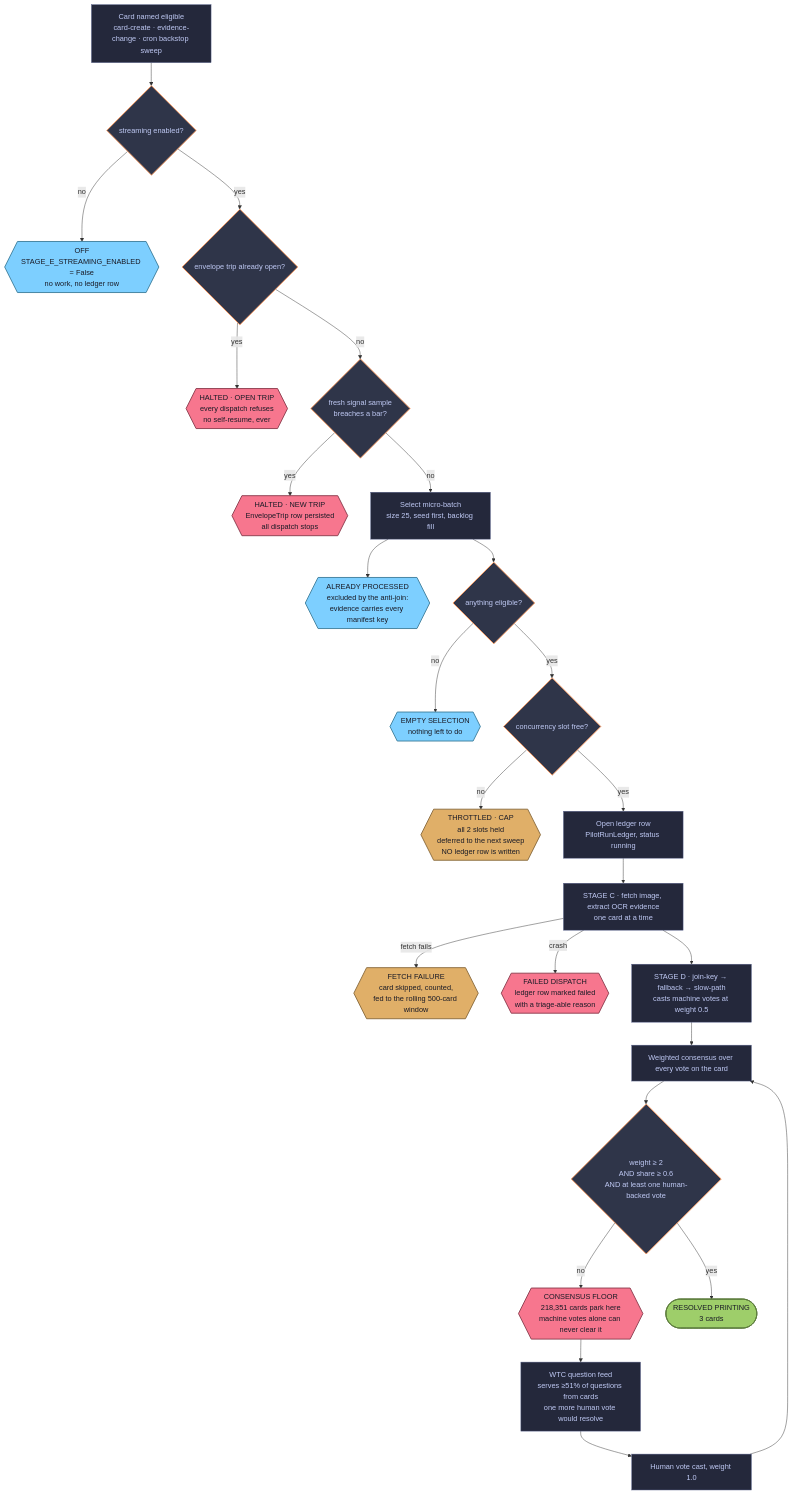
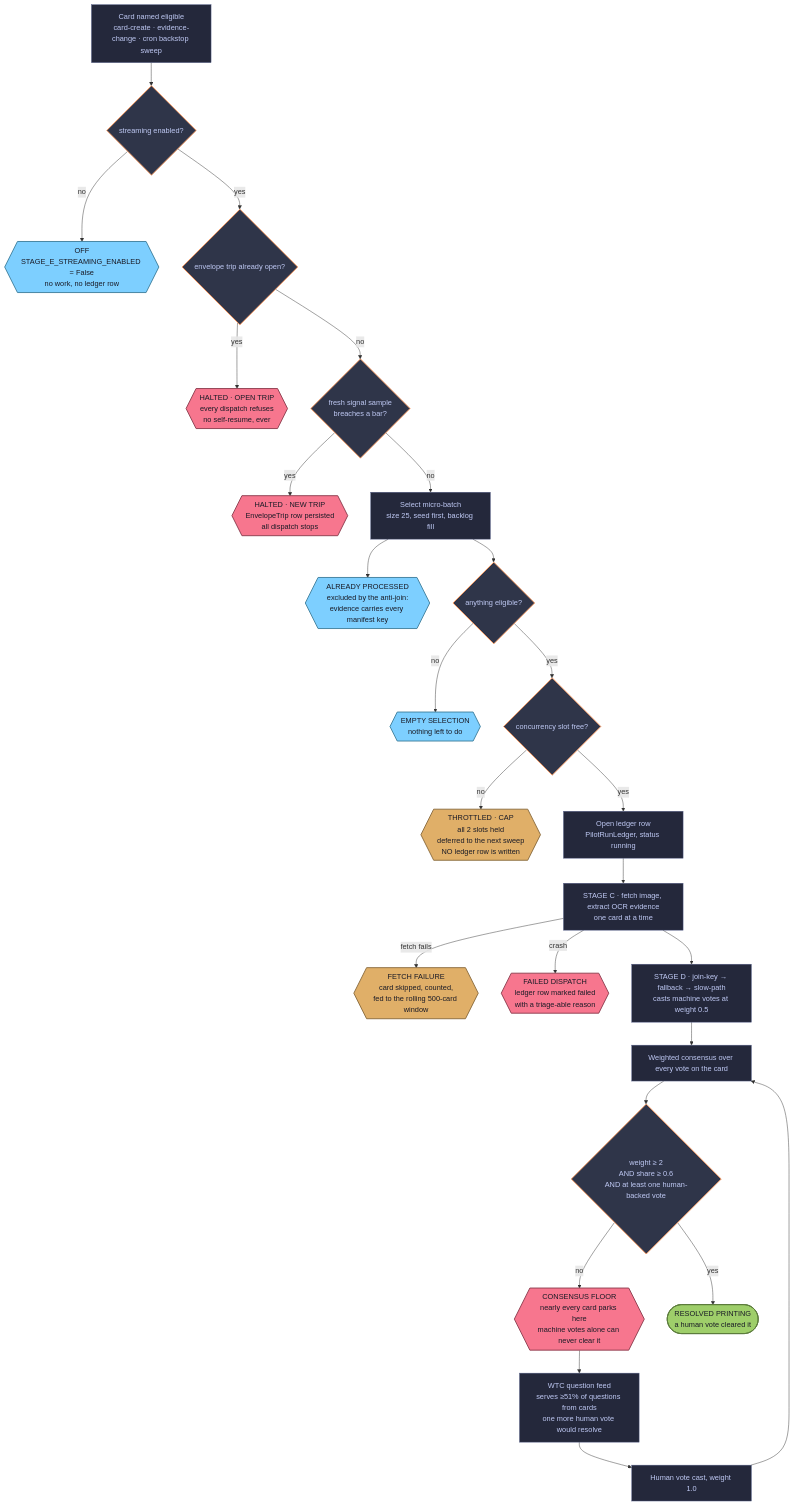
The diagram in docs/identification-pipeline.md (ProxyPrints/ProxyPrints.github.io), drawn with Mermaid before and after one commit. The commit also changed other lines of this file, not shown here.

Commit message:
Strip absolute counts from FIG-1 per shape-only ruling

````diff
--- a/docs/identification-pipeline.md
+++ b/docs/identification-pipeline.md
@@ -22,51 +22,51 @@
 ```mermaid
 flowchart TD
     IN["Card named eligible<br/>card-create · evidence-change · cron backstop sweep"]
 
     IN --> G1{"streaming enabled?"}
     G1 -- "no" --> X1{{"OFF<br/>STAGE_E_STREAMING_ENABLED = False<br/>no work, no ledger row"}}
     G1 -- "yes" --> G2{"envelope trip already open?"}
 
     G2 -- "yes" --> X2{{"HALTED · OPEN TRIP<br/>every dispatch refuses<br/>no self-resume, ever"}}
     G2 -- "no" --> G3{"fresh signal sample<br/>breaches a bar?"}
 
     G3 -- "yes" --> X3{{"HALTED · NEW TRIP<br/>EnvelopeTrip row persisted<br/>all dispatch stops"}}
     G3 -- "no" --> SEL["Select micro-batch<br/>size 25, seed first, backlog fill"]
 
     SEL --> X4{{"ALREADY PROCESSED<br/>excluded by the anti-join:<br/>evidence carries every manifest key"}}
     SEL --> G4{"anything eligible?"}
     G4 -- "no" --> X5{{"EMPTY SELECTION<br/>nothing left to do"}}
     G4 -- "yes" --> G5{"concurrency slot free?"}
 
     G5 -- "no" --> X6{{"THROTTLED · CAP<br/>all 2 slots held<br/>deferred to the next sweep<br/>NO ledger row is written"}}
     G5 -- "yes" --> LED["Open ledger row<br/>PilotRunLedger, status running"]
 
     LED --> SC["STAGE C · fetch image, extract OCR evidence<br/>one card at a time"]
     SC -- "fetch fails" --> X7{{"FETCH FAILURE<br/>card skipped, counted,<br/>fed to the rolling 500-card window"}}
     SC -- "crash" --> X8{{"FAILED DISPATCH<br/>ledger row marked failed<br/>with a triage-able reason"}}
     SC --> SD["STAGE D · join-key → fallback → slow-path<br/>casts machine votes at weight 0.5"]
 
     SD --> CONS["Weighted consensus over every vote on the card"]
     CONS --> G6{"weight ≥ 2<br/>AND share ≥ 0.6<br/>AND at least one human-backed vote"}
 
-    G6 -- "no" --> X9{{"CONSENSUS FLOOR<br/>218,351 cards park here<br/>machine votes alone can never clear it"}}
-    G6 -- "yes" --> RES(["RESOLVED PRINTING<br/>3 cards"])
+    G6 -- "no" --> X9{{"CONSENSUS FLOOR<br/>nearly every card parks here<br/>machine votes alone can never clear it"}}
+    G6 -- "yes" --> RES(["RESOLVED PRINTING<br/>a human vote cleared it"])
 
     X9 --> WTC["WTC question feed<br/>serves ≥51% of questions from cards<br/>one more human vote would resolve"]
     WTC --> HV["Human vote cast, weight 1.0"]
     HV --> CONS
 
     classDef halt fill:#f7768e,stroke:#8c3d4e,stroke-width:2px,color:#1a1b26
     classDef defer fill:#e0af68,stroke:#8a6a3d,stroke-width:2px,color:#1a1b26
     classDef excl fill:#7dcfff,stroke:#3f7f9c,stroke-width:2px,color:#1a1b26
     classDef work fill:#24283b,stroke:#565f89,stroke-width:1px,color:#c0caf5
     classDef gate fill:#2f3549,stroke:#ff9e64,stroke-width:2px,color:#c0caf5
     classDef done fill:#9ece6a,stroke:#5c7c3d,stroke-width:2px,color:#1a1b26
 
     class X2,X3,X8,X9 halt
     class X6,X7 defer
     class X1,X4,X5 excl
     class IN,SEL,LED,SC,SD,CONS,WTC,HV work
     class G1,G2,G3,G4,G5,G6 gate
     class RES done
 ```
````
